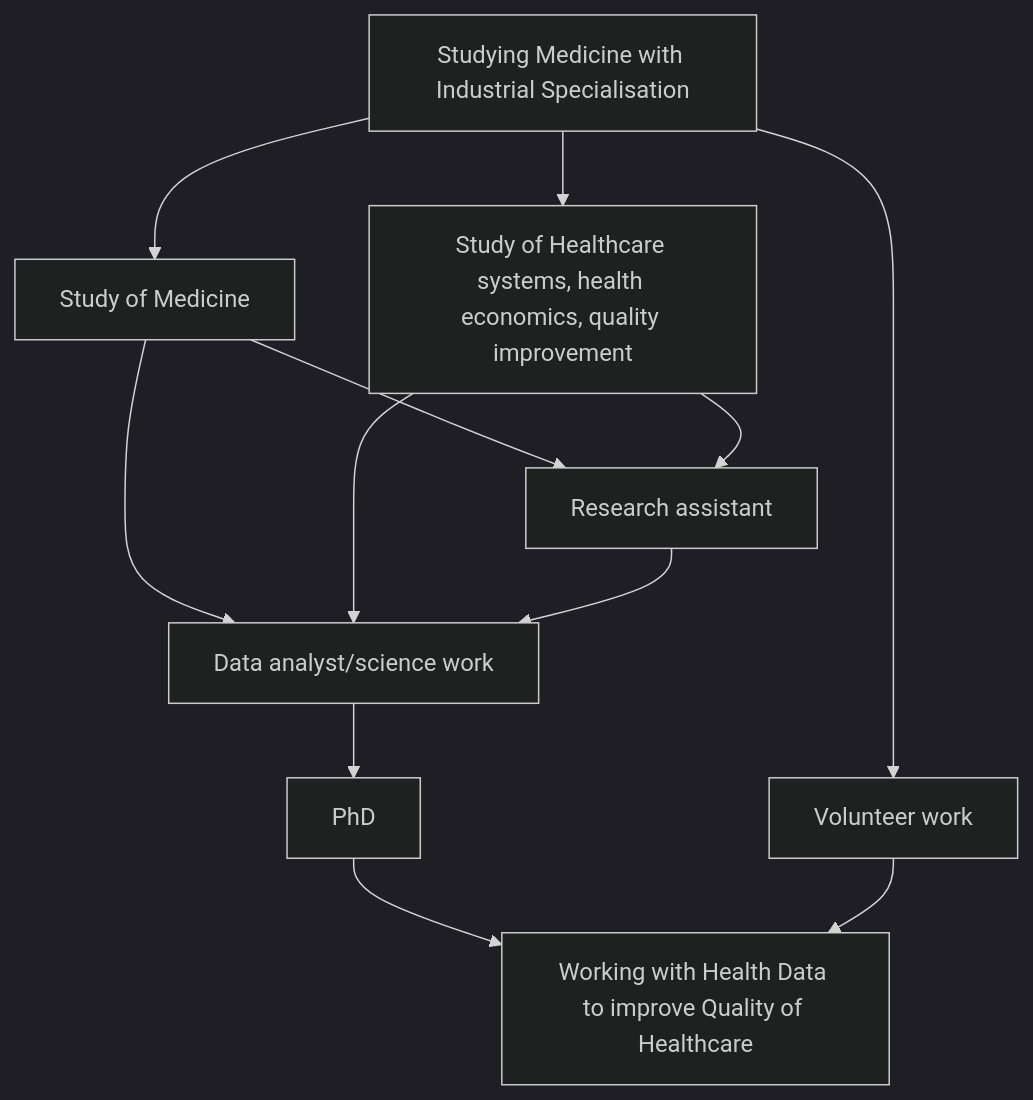
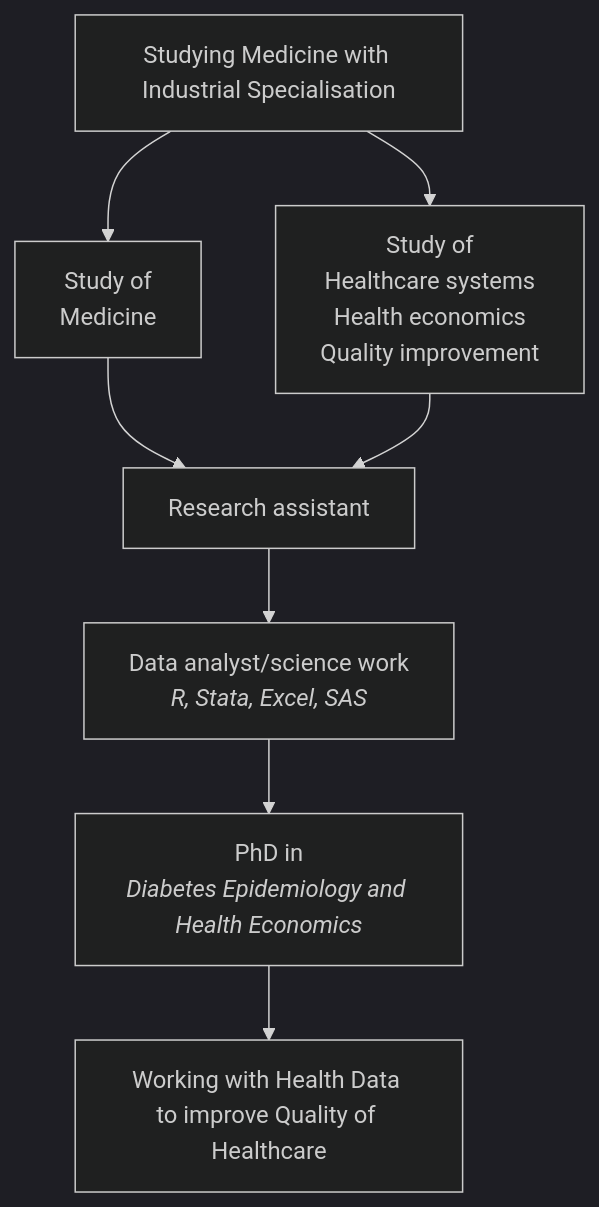
One commit to Henkevitus/publicdataprojects changed the diagram in index.qmd. Above: the diagram before and after it, drawn with Mermaid (dark theme). The commit also changed 1 other file, not shown here.

Commit message:
mermaid changes and pdf hopefully works

````diff
--- a/index.qmd
+++ b/index.qmd
@@ -14,26 +14,23 @@
 ```{mermaid}
 %%| fig-label: YAY
 flowchart TB
   A[Studying Medicine with Industrial Specialisation]
-  A2[Study of Medicine]
-  A3[Study of Healthcare systems, health economics, quality improvement]
-  B[Volunteer work]
+  A2[Study of <br/>Medicine]
+  A3[Study of <br/>Healthcare systems <br/> Health economics <br/>Quality improvement]
+  %%B[Volunteer work]
   C[Research assistant]
-  D[Data analyst/science work]
-  E[PhD]
+  D[Data analyst/science work<br/><i/>R, Stata, Excel, SAS<b>]
+  E[PhD in<br/><i/>Diabetes Epidemiology and Health Economics<b>]
   F[Working with Health Data <br/>to improve Quality of Healthcare]
 
-  A --> B
   A --> A2
   A --> A3
   A2 --> C
   A3 --> C
-  A2 --> D
-  A3 --> D
   C --> D
   D --> E
 
   E --> F
-  B --> F
+  %%B --> F
 
 ```
````
